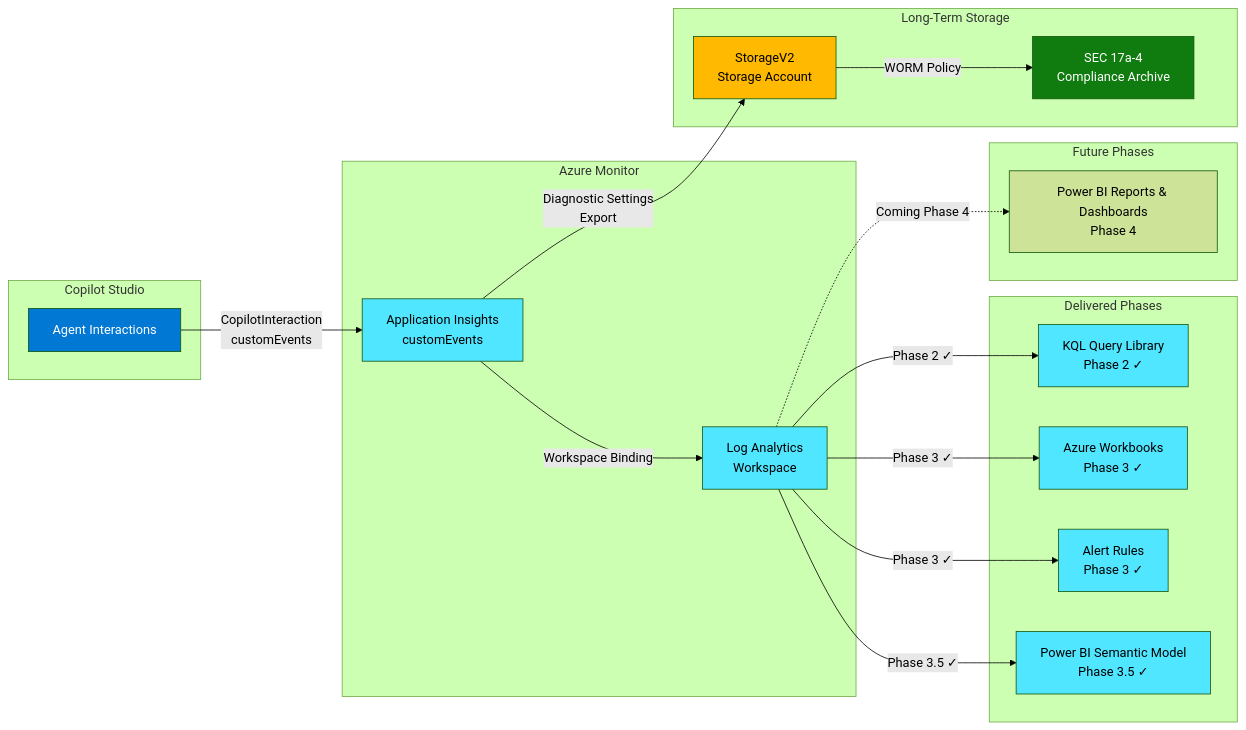
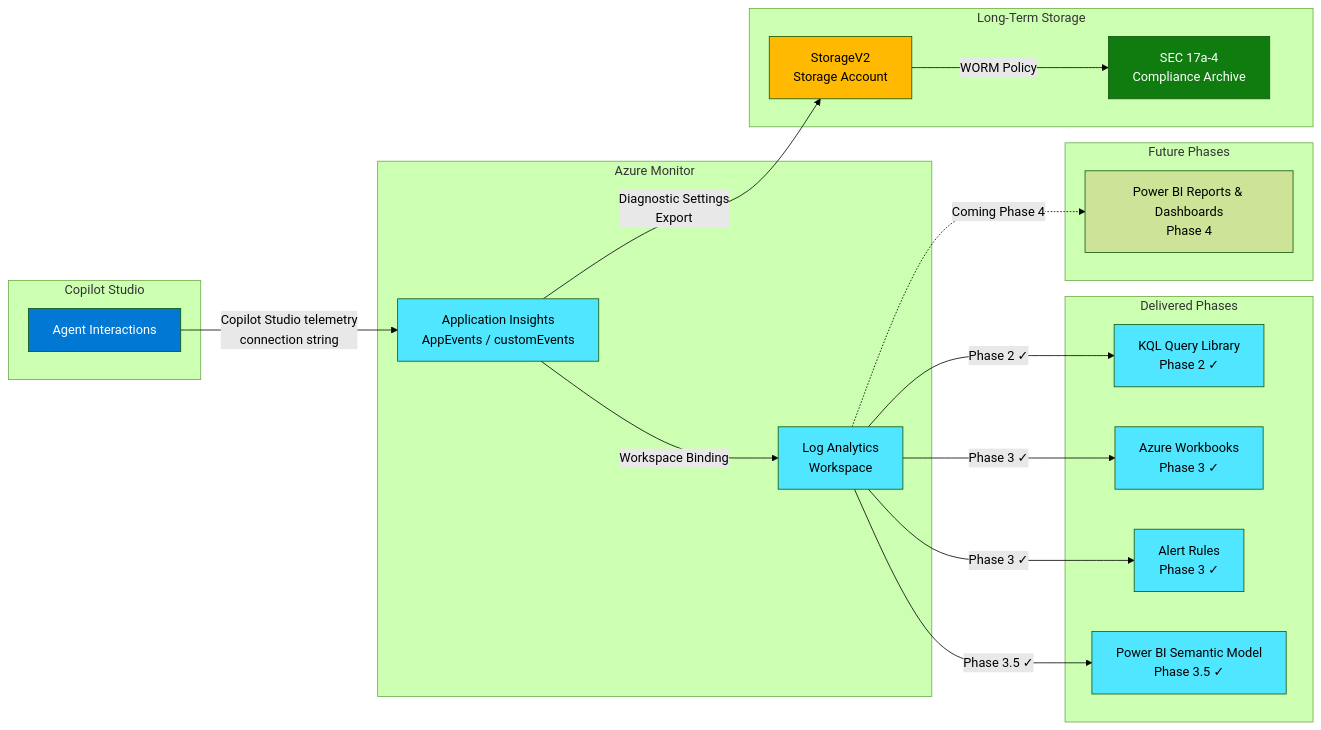
The diagram in agent-observability-foundation/architecture.md (judeper/FSI-AgentGov-Solutions), drawn with Mermaid (forest theme) before and after one commit. The commit also changed other lines of this file and 41 other files, not shown here.

````diff
--- a/agent-observability-foundation/architecture.md
+++ b/agent-observability-foundation/architecture.md
@@ -9,47 +9,47 @@
 ```mermaid
 graph LR
     subgraph "Copilot Studio"
         A[Agent Interactions]
     end
 
     subgraph "Azure Monitor"
-        B[Application Insights<br/>customEvents]
+        B[Application Insights<br/>AppEvents / customEvents]
         C[Log Analytics<br/>Workspace]
     end
 
     subgraph "Long-Term Storage"
         D[StorageV2<br/>Storage Account]
         E[SEC 17a-4<br/>Compliance Archive]
     end
 
     subgraph "Delivered Phases"
         F[KQL Query Library<br/>Phase 2 ✓]
         G[Azure Workbooks<br/>Phase 3 ✓]
         H[Alert Rules<br/>Phase 3 ✓]
         I[Power BI Semantic Model<br/>Phase 3.5 ✓]
     end
 
     subgraph "Future Phases"
         J[Power BI Reports &amp; Dashboards<br/>Phase 4]
     end
 
-    A -->|CopilotInteraction<br/>customEvents| B
+    A -->|Copilot Studio telemetry<br/>connection string| B
     B -->|Workspace Binding| C
     B -->|Diagnostic Settings<br/>Export| D
     D -->|WORM Policy| E
     C -->|Phase 2 ✓| F
     C -->|Phase 3 ✓| G
     C -->|Phase 3 ✓| H
     C -->|Phase 3.5 ✓| I
     C -.->|Coming Phase 4| J
 
     style A fill:#0078d4,color:#fff
     style B fill:#50e6ff,color:#000
     style C fill:#50e6ff,color:#000
     style D fill:#ffb900,color:#000
     style E fill:#107c10,color:#fff
     style F fill:#50e6ff,color:#000
     style G fill:#50e6ff,color:#000
     style H fill:#50e6ff,color:#000
     style I fill:#50e6ff,color:#000
 ```
````
